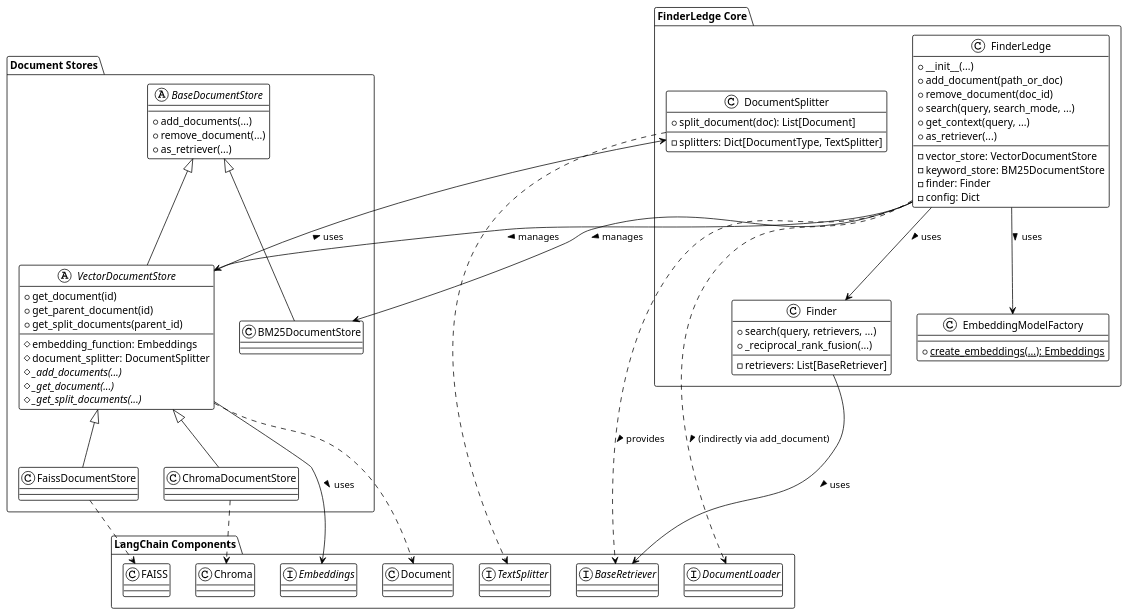
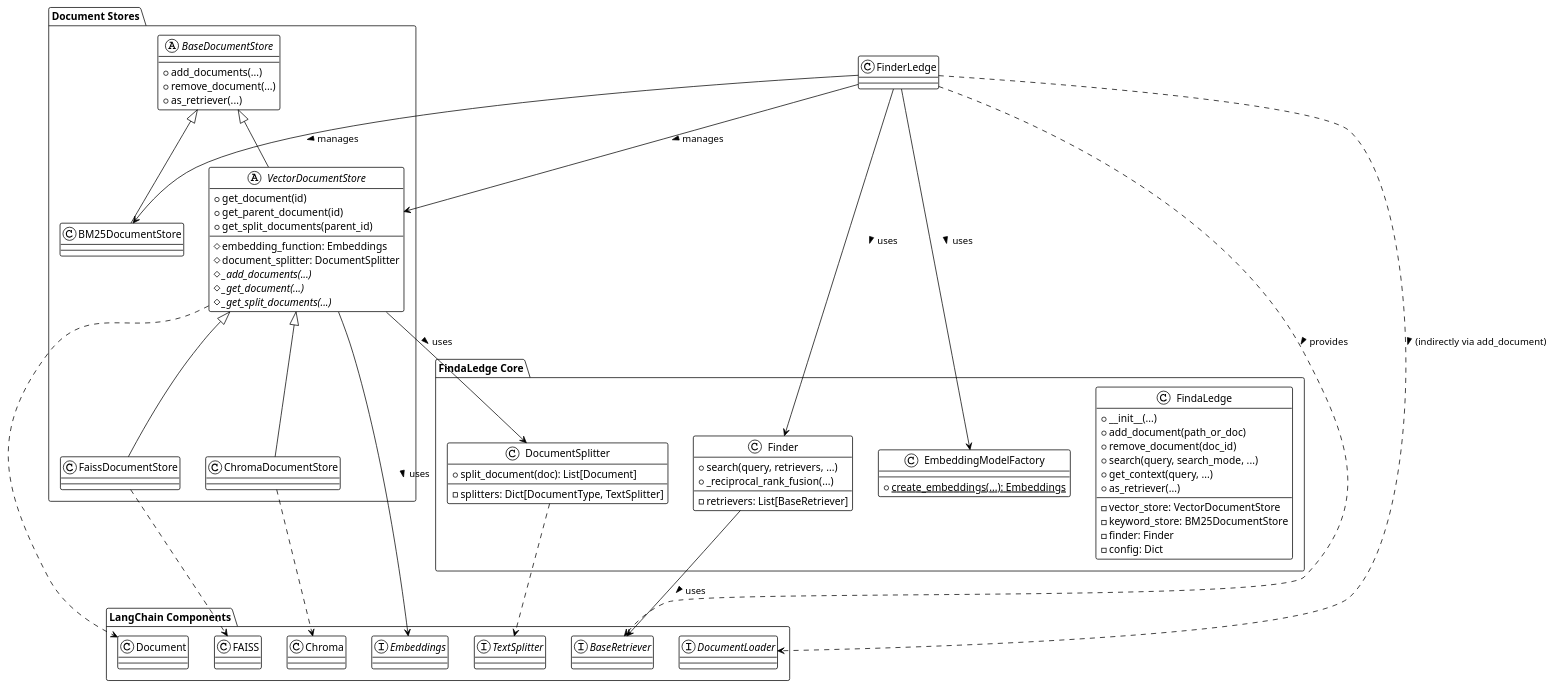
One commit to kitfactory/findaledge changed the first of 2 diagrams in docs/architecture.md. Above: the diagram before and after it, drawn with PlantUML. The commit also changed other lines of this file and 30 other files, not shown here.

```diff
--- a/docs/architecture.md
+++ b/docs/architecture.md
@@ -21,8 +21,8 @@
 @startuml
 !theme plain
 
-package "FinderLedge Core" {
-  class FinderLedge {
+package "FindaLedge Core" {
+  class FindaLedge {
     + __init__(...)
     + add_document(path_or_doc)
     + remove_document(doc_id)
```
